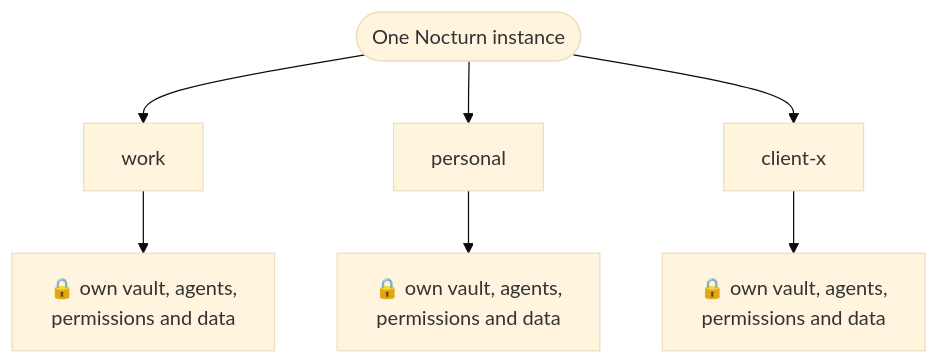
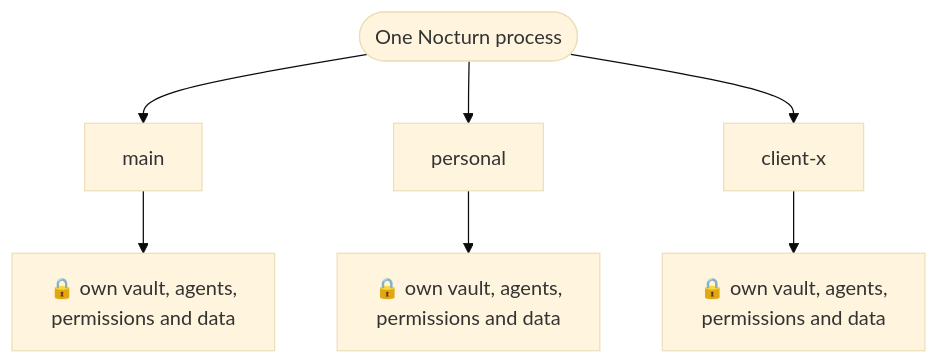
Before and after one commit to efuturetoday/nocturn: the diagram in docs/src/content/docs/guides/the-workspace.md, drawn with Mermaid (base theme). The commit also changed other lines of this file and 78 other files, not shown here.

````diff
--- a/docs/src/content/docs/guides/the-workspace.md
+++ b/docs/src/content/docs/guides/the-workspace.md
@@ -18,9 +16,9 @@
 ```mermaid
 flowchart TD
-    N([One Nocturn instance]) --> W[work]
+    N([One Nocturn process]) --> W[main]
     N --> P[personal]
     N --> C[client-x]
     W --> Wd["🔒 own vault, agents,<br/>permissions and data"]
     P --> Pd["🔒 own vault, agents,<br/>permissions and data"]
     C --> Cd["🔒 own vault, agents,<br/>permissions and data"]
 ```
````
